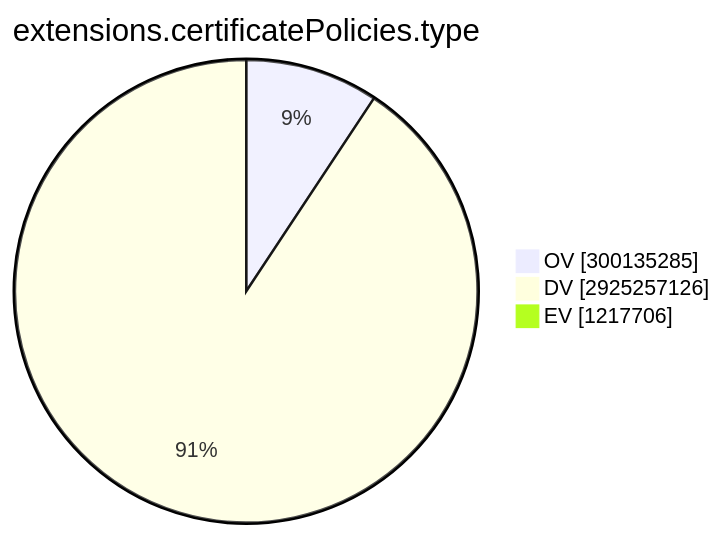
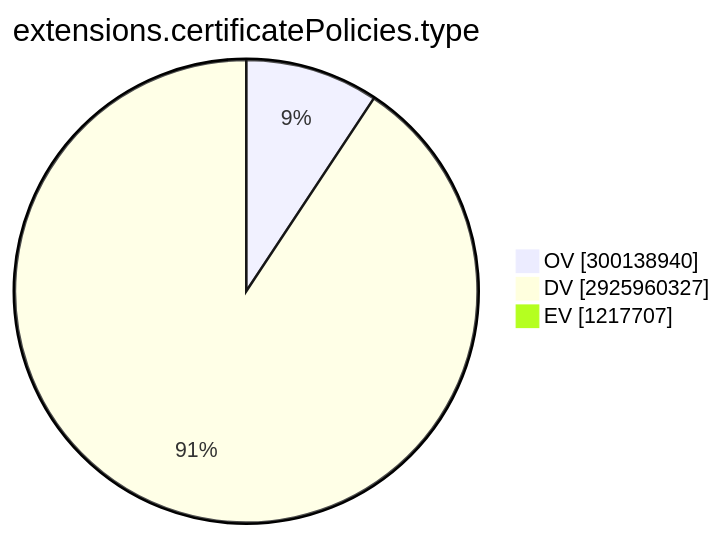
Before and after one commit to christiankrug/ctmonitor_visualization: the ninth of 15 diagrams in TOTAL/README.md, drawn with Mermaid. The commit also changed other lines of this file, not shown here.

````diff
--- a/TOTAL/README.md
+++ b/TOTAL/README.md
@@ -3101,7 +3101,7 @@
 ```mermaid
 pie showData
 title extensions.certificatePolicies.type
-"OV" :300135285
-"DV" :2925257126
-"EV" :1217706
+"OV" :300138940
+"DV" :2925960327
+"EV" :1217707
 ```
````
